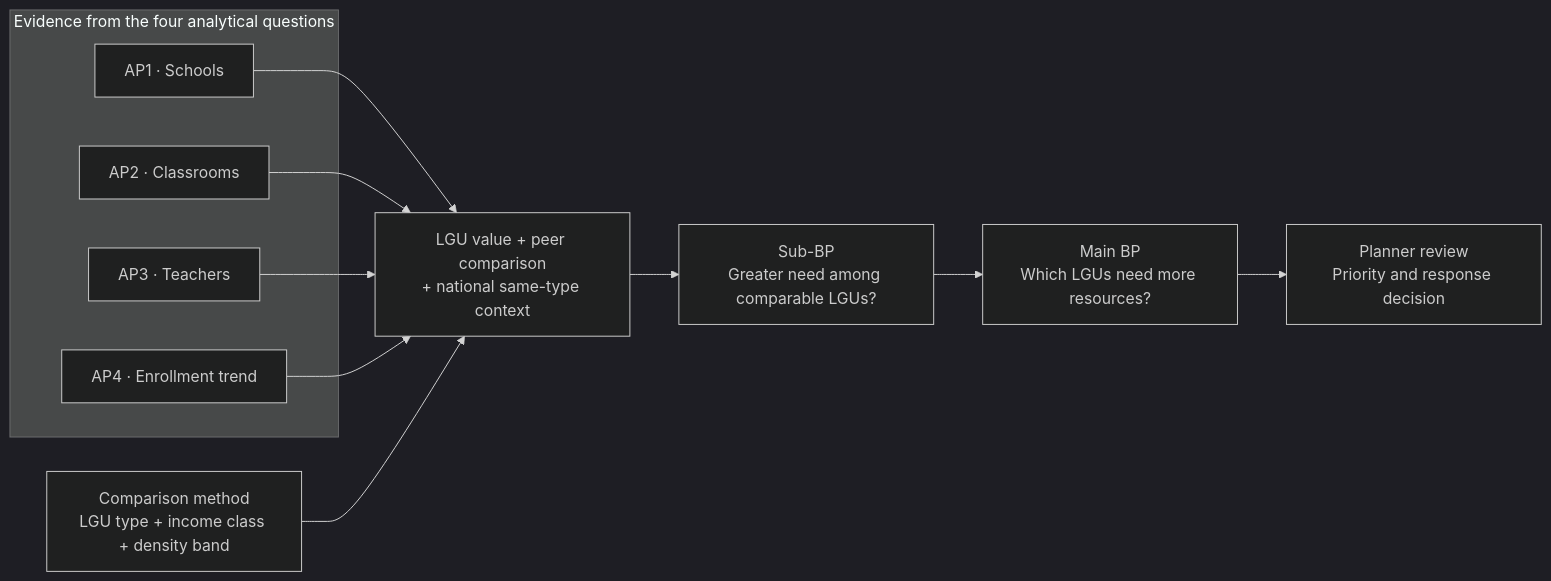
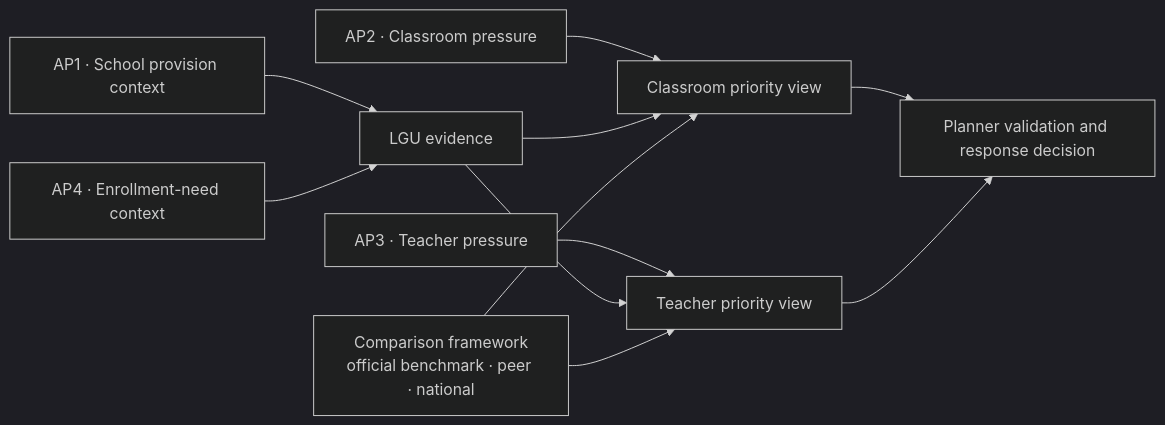
The first of 2 diagrams in docs/business/business-analytics-problem.md (reached-hq/edu-access-intelligence), drawn with Mermaid (dark theme) before and after one commit. The commit also changed other lines of this file and 4 other files, not shown here.

````diff
--- a/docs/business/business-analytics-problem.md
+++ b/docs/business/business-analytics-problem.md
@@ -41,22 +43,13 @@
 ```mermaid
 flowchart LR
-    subgraph QUESTIONS["Evidence from the four analytical questions"]
-        AP1["AP1 · Schools"]
-        AP2["AP2 · Classrooms"]
-        AP3["AP3 · Teachers"]
-        AP4["AP4 · Enrollment trend"]
-    end
-
-    METHOD["Comparison method<br/>LGU type + income class + density band"]
-    EVIDENCE["LGU value + peer comparison<br/>+ national same-type context"]
-    SUB["Sub-BP<br/>Greater need among comparable LGUs?"]
-    MAIN["Main BP<br/>Which LGUs need more resources?"]
-    REVIEW["Planner review<br/>Priority and response decision"]
-
-    AP1 --> EVIDENCE
-    AP2 --> EVIDENCE
-    AP3 --> EVIDENCE
-    AP4 --> EVIDENCE
-    METHOD --> EVIDENCE
-    EVIDENCE --> SUB --> MAIN --> REVIEW
+    AP1["AP1 · School provision context"] --> E["LGU evidence"]
+    AP2["AP2 · Classroom pressure"] --> C["Classroom priority view"]
+    AP3["AP3 · Teacher pressure"] --> T["Teacher priority view"]
+    AP4["AP4 · Enrollment-need context"] --> E
+    E --> C
+    E --> T
+    M["Comparison framework<br/>official benchmark · peer · national"] --> C
+    M --> T
+    C --> R["Planner validation and response decision"]
+    T --> R
 ```
````
